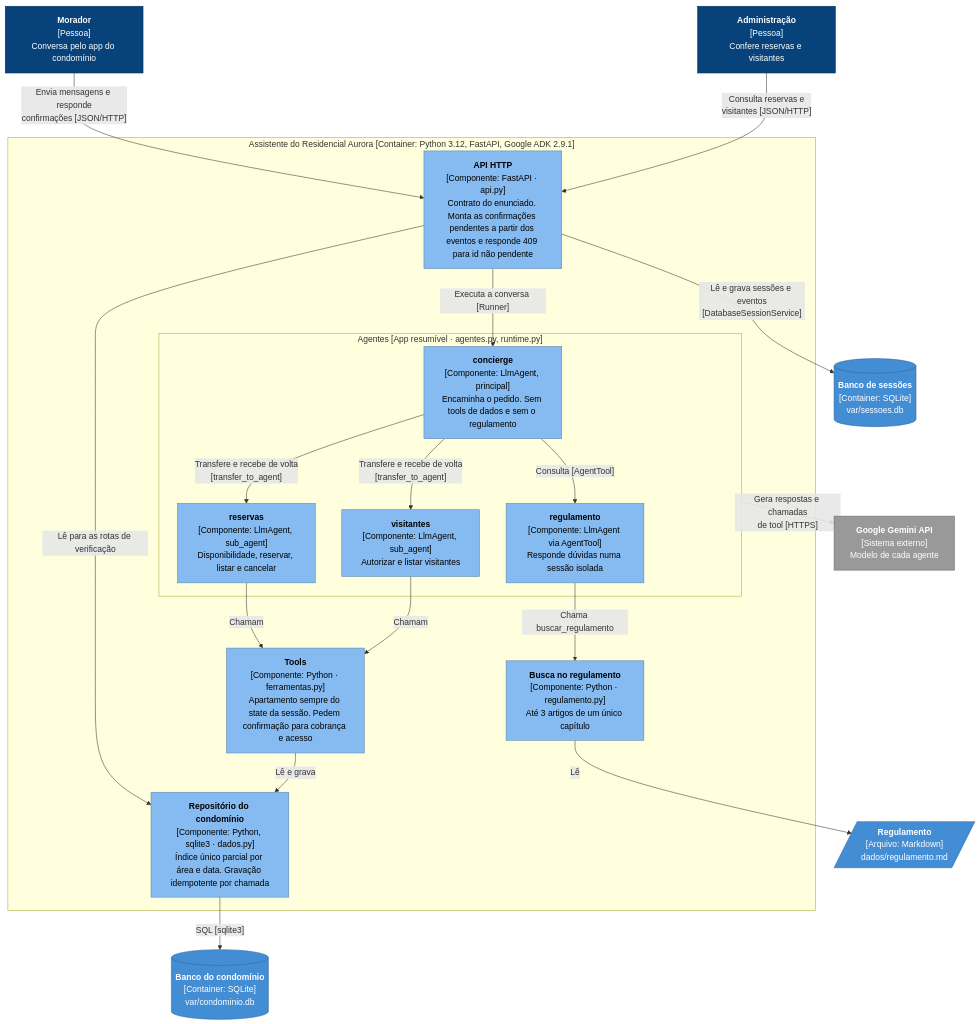
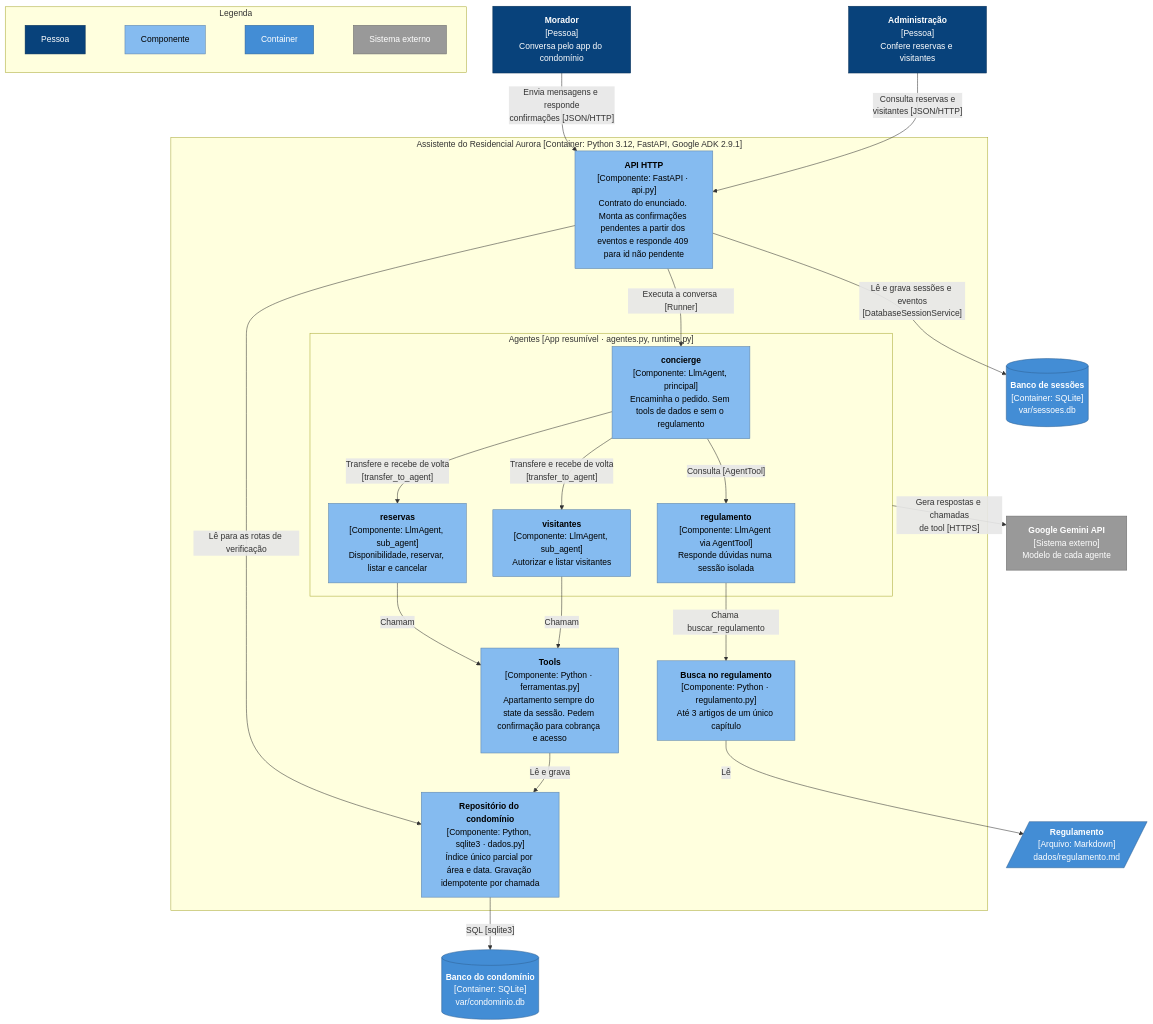
Before and after one commit to ElderGil/assistente-residencial-aurora: the diagram in README.md, drawn with Mermaid. The commit also changed other lines of this file, not shown here.

Commit message:
README: legenda dentro do diagrama C4

````diff
--- a/README.md
+++ b/README.md
@@ -13,49 +13,58 @@
 ```mermaid
 flowchart TB
     morador["<b>Morador</b><br/>[Pessoa]<br/>Conversa pelo app do condomínio"]
     admin["<b>Administração</b><br/>[Pessoa]<br/>Confere reservas e visitantes"]
 
     subgraph sistema ["Assistente do Residencial Aurora [Container: Python 3.12, FastAPI, Google ADK 2.9.1]"]
         api["<b>API HTTP</b><br/>[Componente: FastAPI · api.py]<br/>Contrato do enunciado. Monta as confirmações pendentes a partir dos eventos e responde 409 para id não pendente"]
 
         subgraph agentes ["Agentes [App resumível · agentes.py, runtime.py]"]
             concierge["<b>concierge</b><br/>[Componente: LlmAgent, principal]<br/>Encaminha o pedido. Sem tools de dados e sem o regulamento"]
             reservas["<b>reservas</b><br/>[Componente: LlmAgent, sub_agent]<br/>Disponibilidade, reservar, listar e cancelar"]
             visitantes["<b>visitantes</b><br/>[Componente: LlmAgent, sub_agent]<br/>Autorizar e listar visitantes"]
             regulamento["<b>regulamento</b><br/>[Componente: LlmAgent via AgentTool]<br/>Responde dúvidas numa sessão isolada"]
         end
 
         tools["<b>Tools</b><br/>[Componente: Python · ferramentas.py]<br/>Apartamento sempre do state da sessão. Pedem confirmação para cobrança e acesso"]
         repo["<b>Repositório do condomínio</b><br/>[Componente: Python, sqlite3 · dados.py]<br/>Índice único parcial por área e data. Gravação idempotente por chamada"]
         busca["<b>Busca no regulamento</b><br/>[Componente: Python · regulamento.py]<br/>Até 3 artigos de um único capítulo"]
     end
 
     gemini["<b>Google Gemini API</b><br/>[Sistema externo]<br/>Modelo de cada agente"]
     dbcond[("<b>Banco do condomínio</b><br/>[Container: SQLite]<br/>var/condominio.db")]
     dbsess[("<b>Banco de sessões</b><br/>[Container: SQLite]<br/>var/sessoes.db")]
     regmd[/"<b>Regulamento</b><br/>[Arquivo: Markdown]<br/>dados/regulamento.md"/]
 
     morador -->|"Envia mensagens e responde<br/>confirmações [JSON/HTTP]"| api
     admin -->|"Consulta reservas e<br/>visitantes [JSON/HTTP]"| api
     api -->|"Executa a conversa [Runner]"| concierge
     api -->|"Lê e grava sessões e eventos<br/>[DatabaseSessionService]"| dbsess
     api -->|"Lê para as rotas de verificação"| repo
     concierge -->|"Transfere e recebe de volta<br/>[transfer_to_agent]"| reservas
     concierge -->|"Transfere e recebe de volta<br/>[transfer_to_agent]"| visitantes
     concierge -->|"Consulta [AgentTool]"| regulamento
     reservas & visitantes -->|"Chamam"| tools
     regulamento -->|"Chama buscar_regulamento"| busca
     tools -->|"Lê e grava"| repo
     repo -->|"SQL [sqlite3]"| dbcond
     busca -->|"Lê"| regmd
     agentes -->|"Gera respostas e chamadas<br/>de tool [HTTPS]"| gemini
 
+    subgraph legenda ["Legenda"]
+        direction LR
+        lg1["Pessoa"]
+        lg2["Componente"]
+        lg3["Container"]
+        lg4["Sistema externo"]
+        lg1 ~~~ lg2 ~~~ lg3 ~~~ lg4
+    end
+
     classDef pessoa fill:#08427B,stroke:#052E56,color:#fff
     classDef componente fill:#85BBF0,stroke:#5D82A8,color:#000
     classDef container fill:#438DD5,stroke:#2E6295,color:#fff
     classDef externo fill:#999999,stroke:#6B6B6B,color:#fff
-    class morador,admin pessoa
-    class api,concierge,reservas,visitantes,regulamento,tools,repo,busca componente
-    class dbcond,dbsess,regmd container
-    class gemini externo
+    class morador,admin,lg1 pessoa
+    class api,concierge,reservas,visitantes,regulamento,tools,repo,busca,lg2 componente
+    class dbcond,dbsess,regmd,lg3 container
+    class gemini,lg4 externo
 ```
````
